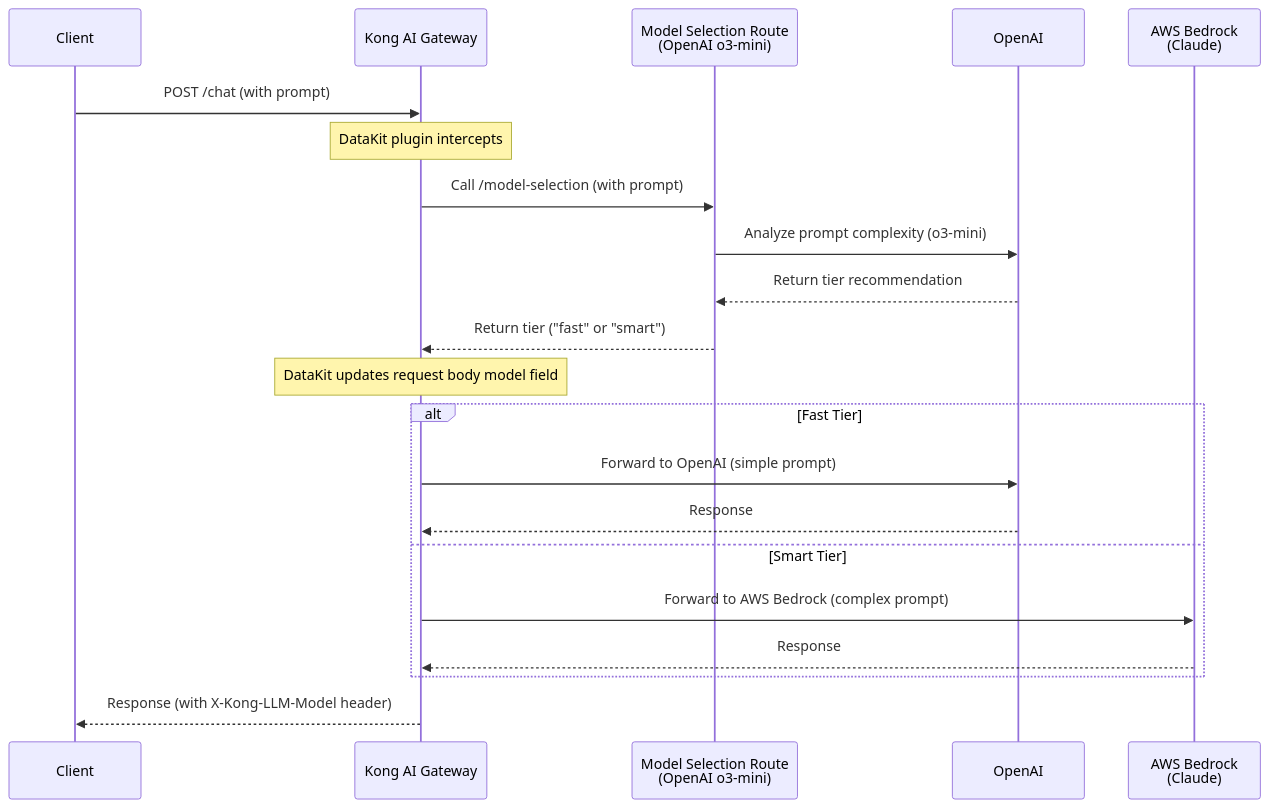
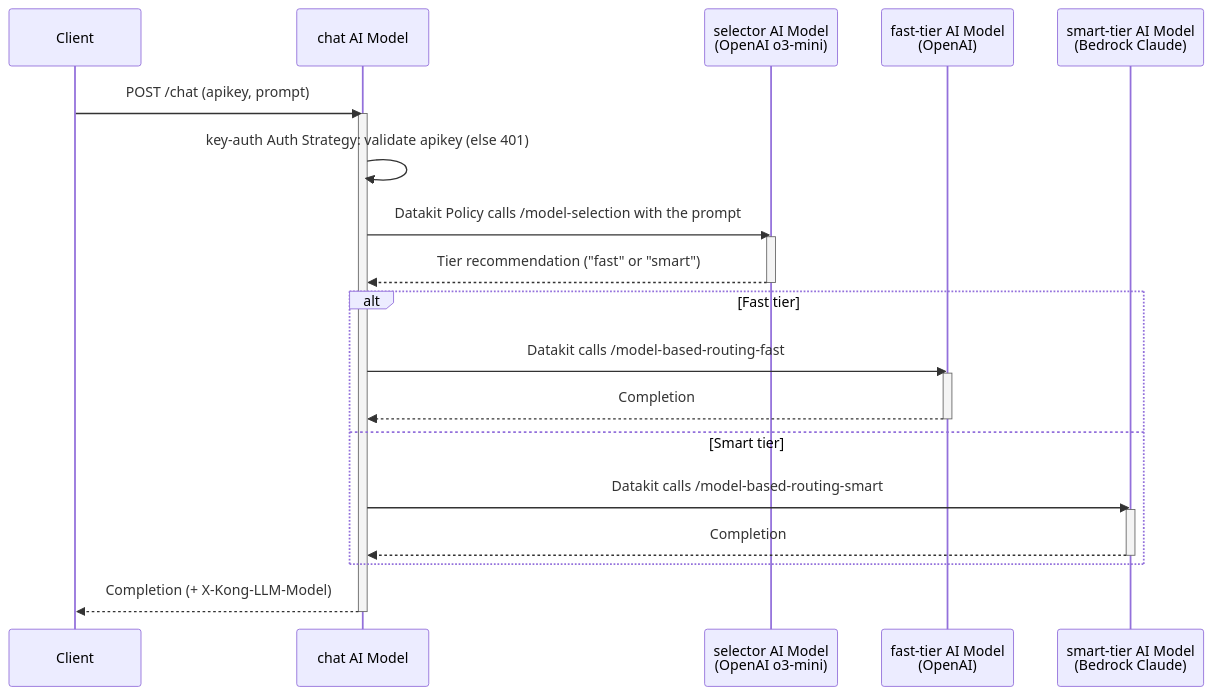
The diagram in app/_cookbooks/model-based-routing.md (Kong/developer.konghq.com), drawn with Mermaid before and after one commit. The commit also changed other lines of this file and 11 other files, not shown here.

```diff
--- a/app/_cookbooks/model-based-routing.md
+++ b/app/_cookbooks/model-based-routing.md
@@ -118,27 +145,29 @@
 {% mermaid %}
 sequenceDiagram
-    participant Client
-    participant Kong as Kong AI Gateway
-    participant Selector as Model Selection Route<br/>(OpenAI o3-mini)
-    participant OpenAI
-    participant Bedrock as AWS Bedrock<br/>(Claude)
+    participant C as Client
+    participant Chat as chat AI Model
+    participant Sel as selector AI Model<br/>(OpenAI o3-mini)
+    participant Fast as fast-tier AI Model<br/>(OpenAI)
+    participant Smart as smart-tier AI Model<br/>(Bedrock Claude)
 
-    Client->>Kong: POST /chat (with prompt)
-    Note over Kong: DataKit plugin intercepts
-
-    Kong->>Selector: Call /model-selection (with prompt)
-    Selector->>OpenAI: Analyze prompt complexity (o3-mini)
-    OpenAI-->>Selector: Return tier recommendation
-    Selector-->>Kong: Return tier ("fast" or "smart")
-    Note over Kong: DataKit updates request body model field
-
-    alt Fast Tier
-        Kong->>OpenAI: Forward to OpenAI (simple prompt)
-        OpenAI-->>Kong: Response
-    else Smart Tier
-        Kong->>Bedrock: Forward to AWS Bedrock (complex prompt)
-        Bedrock-->>Kong: Response
+    C->>Chat: POST /chat (apikey, prompt)
+    activate Chat
+    Chat->>Chat: key-auth Auth Strategy: validate apikey (else 401)
+    Chat->>Sel: Datakit Policy calls /model-selection with the prompt
+    activate Sel
+    Sel-->>Chat: Tier recommendation ("fast" or "smart")
+    deactivate Sel
+    alt Fast tier
+        Chat->>Fast: Datakit calls /model-based-routing-fast
+        activate Fast
+        Fast-->>Chat: Completion
+        deactivate Fast
+    else Smart tier
+        Chat->>Smart: Datakit calls /model-based-routing-smart
+        activate Smart
+        Smart-->>Chat: Completion
+        deactivate Smart
     end
-
-    Kong-->>Client: Response (with X-Kong-LLM-Model header)
+    Chat-->>C: Completion (+ X-Kong-LLM-Model)
+    deactivate Chat
 {% endmermaid %}
```
